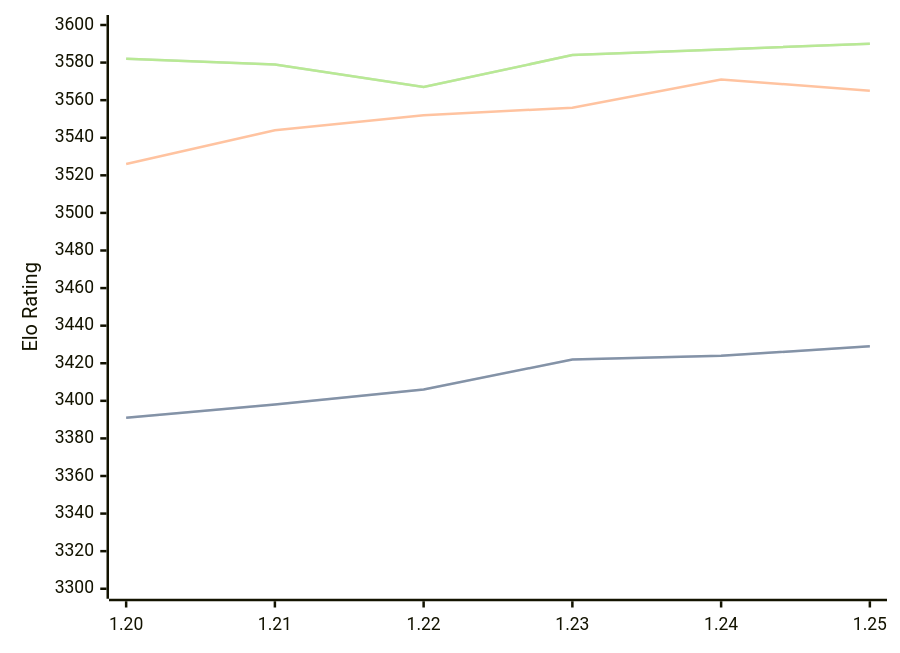
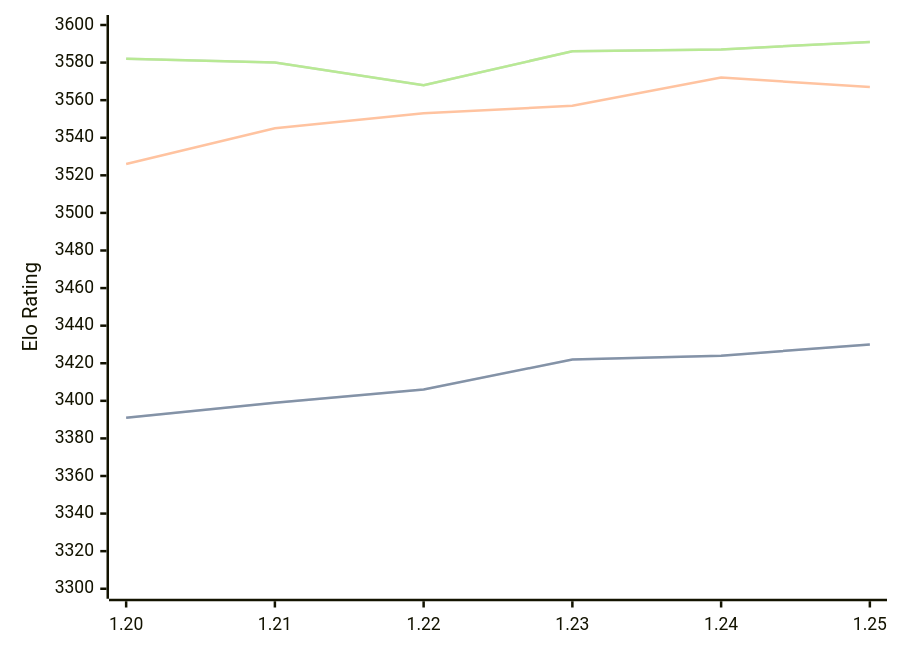
One commit to computer-chess-index/cci changed the diagram in engines/Caissa.md. Above: the diagram before and after it, drawn with Mermaid. The commit also changed other lines of this file, not shown here.

Commit message:
Update CCI Ratings (ELO VLTC) - 2026-04-27

````diff
--- a/engines/Caissa.md
+++ b/engines/Caissa.md
@@ -65,11 +65,11 @@
 ```mermaid
 %%{init: {"theme":"base","themeVariables":{"seriesColors:['#a3a3a3','#222221','#faa371']}}}%%
 xychart-beta
   x-axis ["1.20", "1.21", "1.22", "1.23", "1.24", "1.25"]
   y-axis "Elo Rating" 3300 --> 3600
-  line "STC (8.0+0.08s)" [3391, 3398, 3406, 3422, 3424, 3429]
-  line "STC (8.0+0.08s)" [3391, 3398, 3406, 3422, 3424, 3429]
-  line "LTC (60.0+0.60s)" [3526, 3544, 3552, 3556, 3571, 3565]
-  line "VLTC (2m24s+1.12s)" [3582, 3579, 3567, 3584, 3587, 3590]
-  line "VLTC (2m24s+1.12s)" [3582, 3579, 3567, 3584, 3587, 3590]
+  line "STC (8.0+0.08s)" [3391, 3399, 3406, 3422, 3424, 3430]
+  line "STC (8.0+0.08s)" [3391, 3399, 3406, 3422, 3424, 3430]
+  line "LTC (60.0+0.60s)" [3526, 3545, 3553, 3557, 3572, 3567]
+  line "VLTC (2m24s+1.12s)" [3582, 3580, 3568, 3586, 3587, 3591]
+  line "VLTC (2m24s+1.12s)" [3582, 3580, 3568, 3586, 3587, 3591]
 ```
````
